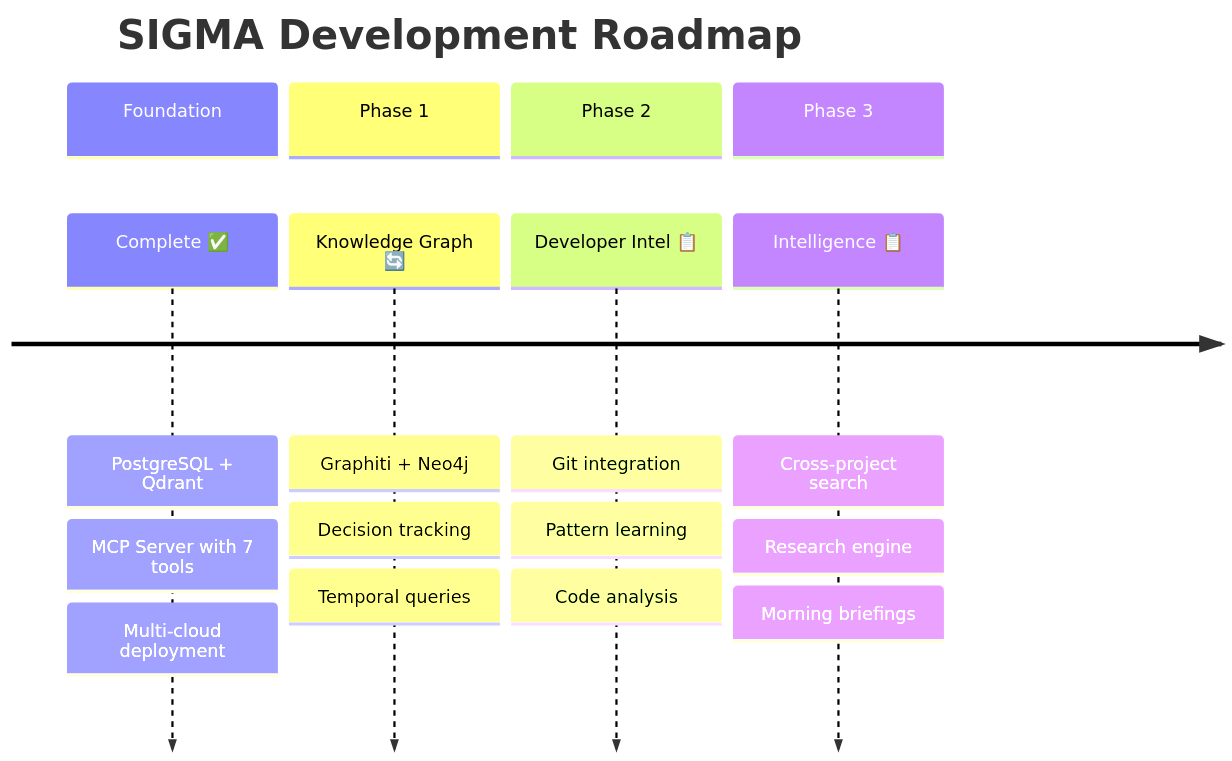
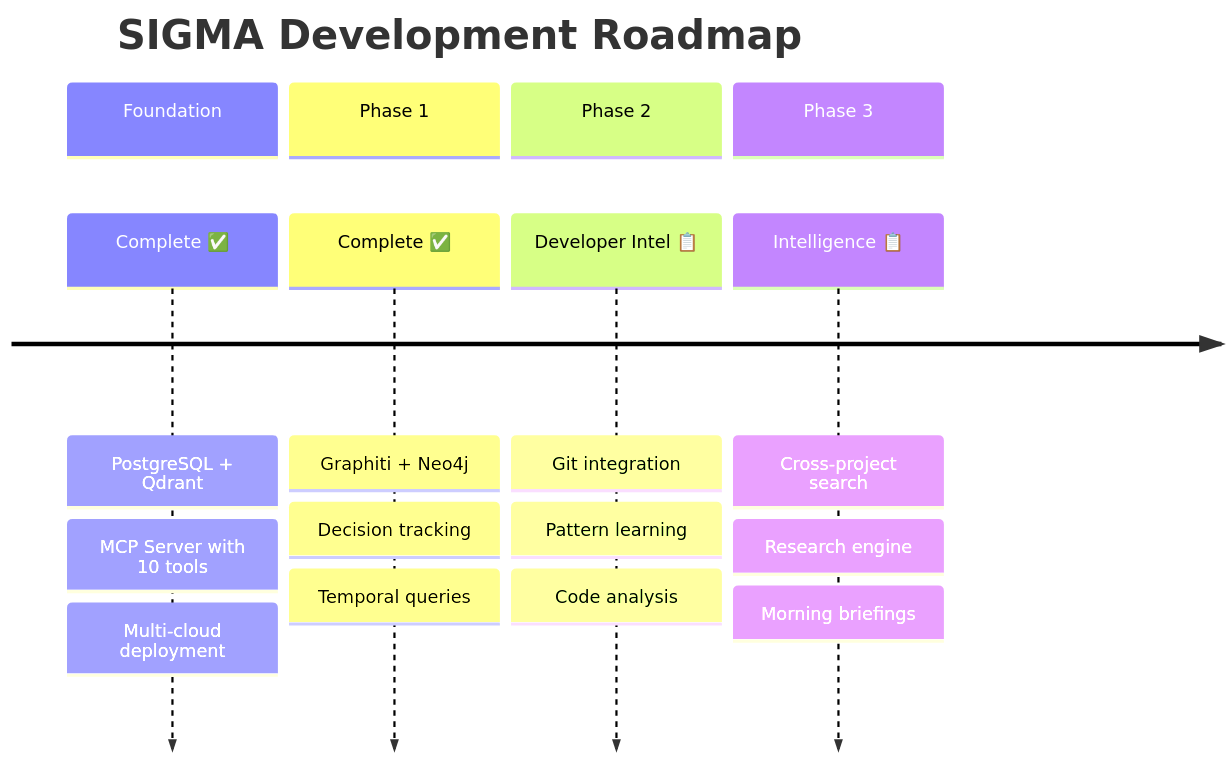
One commit to zad0xlik/sigma-evolve changed the fifth of 6 diagrams in README.md. Above: the diagram before and after it, drawn with Mermaid. The commit also changed other lines of this file and 17 other files, not shown here.

````diff
--- a/README.md
+++ b/README.md
@@ -139,24 +139,24 @@
 ```mermaid
 timeline
     title SIGMA Development Roadmap
     
     section Foundation
         Complete ✅ : PostgreSQL + Qdrant
-                   : MCP Server with 7 tools
+                   : MCP Server with 10 tools
                    : Multi-cloud deployment
     
     section Phase 1
-        Knowledge Graph 🔄 : Graphiti + Neo4j
-                          : Decision tracking
-                          : Temporal queries
+        Complete ✅ : Graphiti + Neo4j
+                   : Decision tracking
+                   : Temporal queries
     
     section Phase 2
         Developer Intel 📋 : Git integration
                           : Pattern learning
                           : Code analysis
     
     section Phase 3
         Intelligence 📋 : Cross-project search
                        : Research engine
                        : Morning briefings
 ```
````
